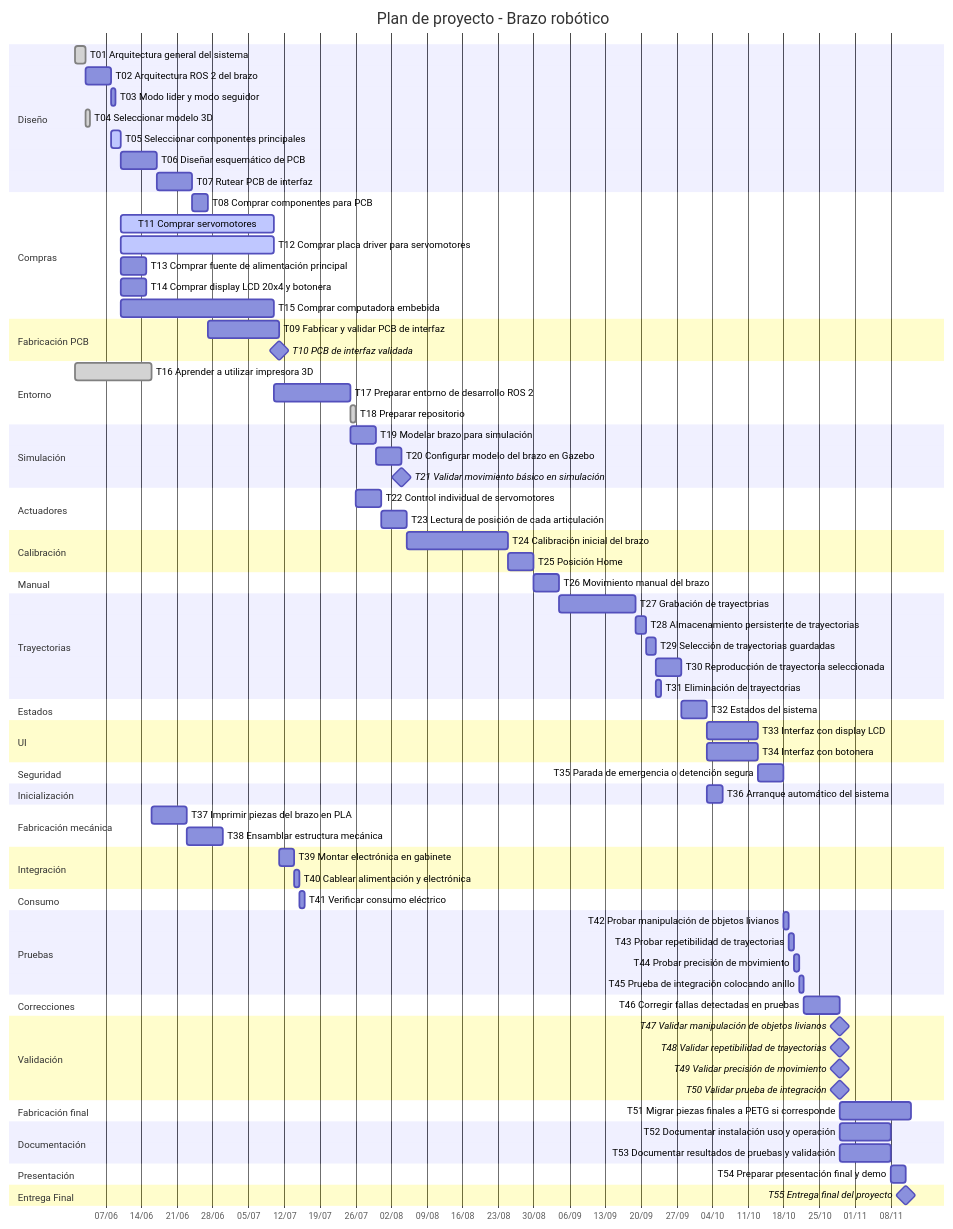
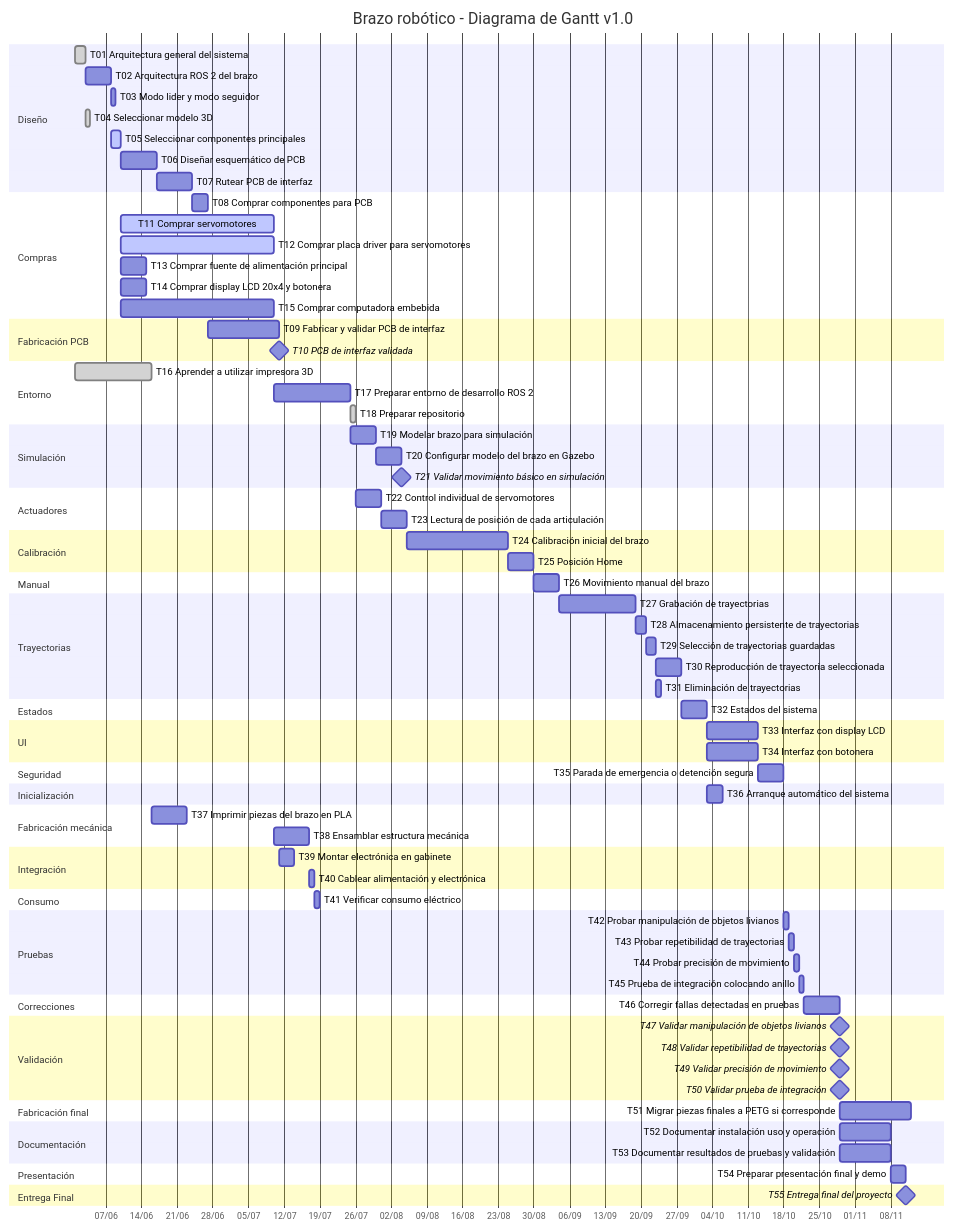
The diagram in doc/md/gantt.md (ealegremendoza/BrazoRobotico), drawn with Mermaid before and after one commit.

````diff
--- a/doc/md/gantt.md
+++ b/doc/md/gantt.md
@@ -3,6 +3,6 @@
 ```mermaid
 gantt
-    title Plan de proyecto - Brazo robótico
+    title Brazo robótico - Diagrama de Gantt v1.0
     dateFormat  YYYY-MM-DD
     axisFormat  %d/%m
     tickInterval 1week
@@ -71,7 +71,7 @@
 
     section Fabricación mecánica
     T37 Imprimir piezas del brazo en PLA                     :t37, after t04 t16, 7d
-    T38 Ensamblar estructura mecánica                        :t38, after t37, 7d
+    T38 Ensamblar estructura mecánica                        :t38, after t11 t37, 7d
 
     section Integración
     T39 Montar electrónica en gabinete                       :t39, after t10 t11 t12 t13 t14 t15, 3d
````
